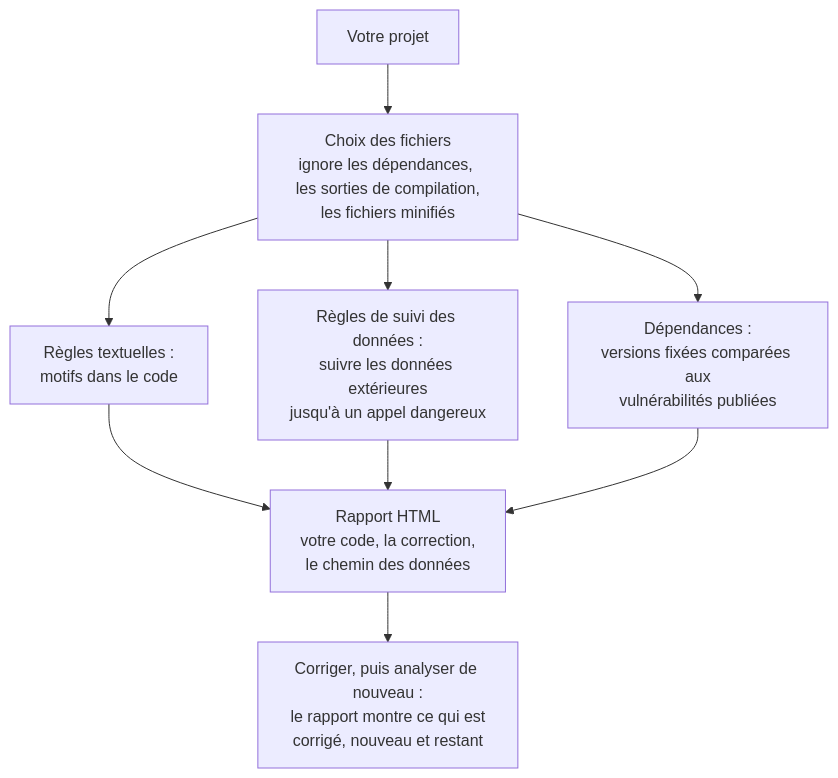
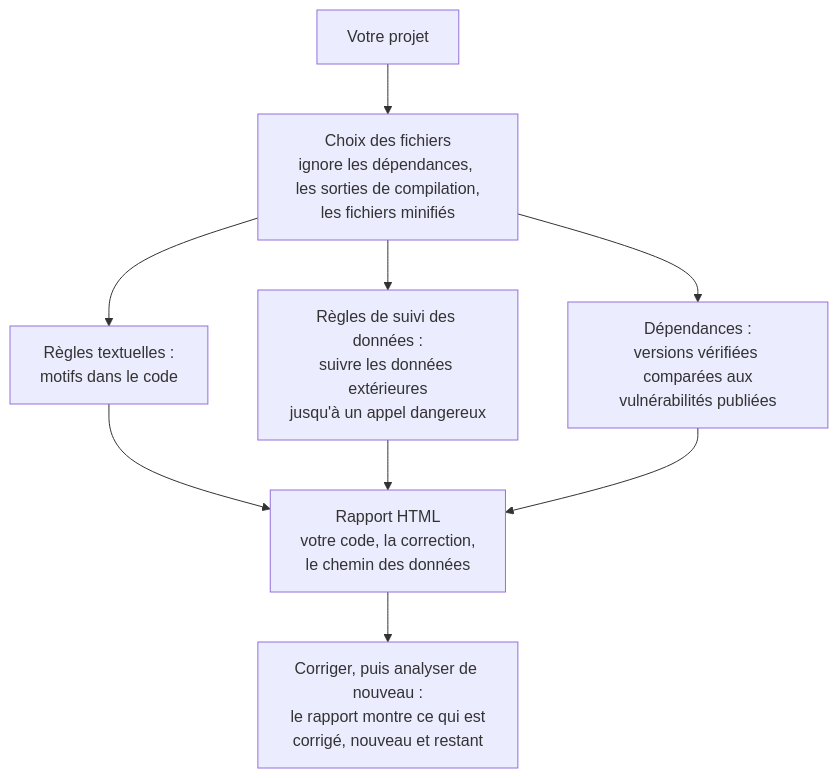
Before and after one commit to ka8t/codefixture-audit-public: the second of 3 diagrams in README.fr.md, drawn with Mermaid. The commit also changed other lines of this file and 54 other files, not shown here.

````diff
--- a/README.fr.md
+++ b/README.fr.md
@@ -59,11 +59,11 @@
 ```mermaid
 flowchart TD
     P["Votre projet"] --> FILES["Choix des fichiers<br/>ignore les dépendances, les sorties de compilation,<br/>les fichiers minifiés"]
     FILES --> A["Règles textuelles :<br/>motifs dans le code"]
     FILES --> B["Règles de suivi des données :<br/>suivre les données extérieures<br/>jusqu'à un appel dangereux"]
-    FILES --> C["Dépendances :<br/>versions fixées comparées aux<br/>vulnérabilités publiées"]
+    FILES --> C["Dépendances :<br/>versions vérifiées comparées aux<br/>vulnérabilités publiées"]
     A --> R["Rapport HTML<br/>votre code, la correction,<br/>le chemin des données"]
     B --> R
     C --> R
     R --> NEXT["Corriger, puis analyser de nouveau :<br/>le rapport montre ce qui est<br/>corrigé, nouveau et restant"]
 ```
````
